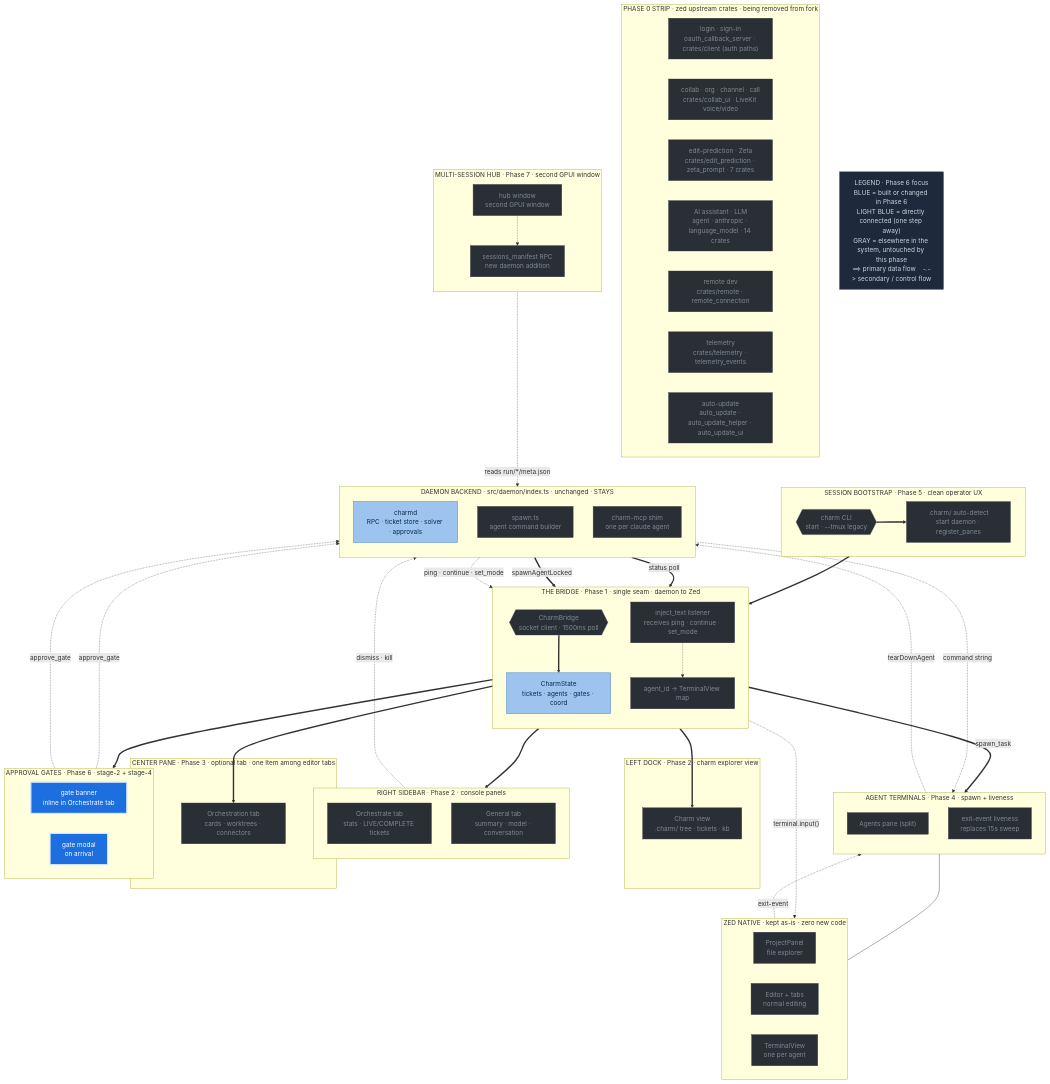
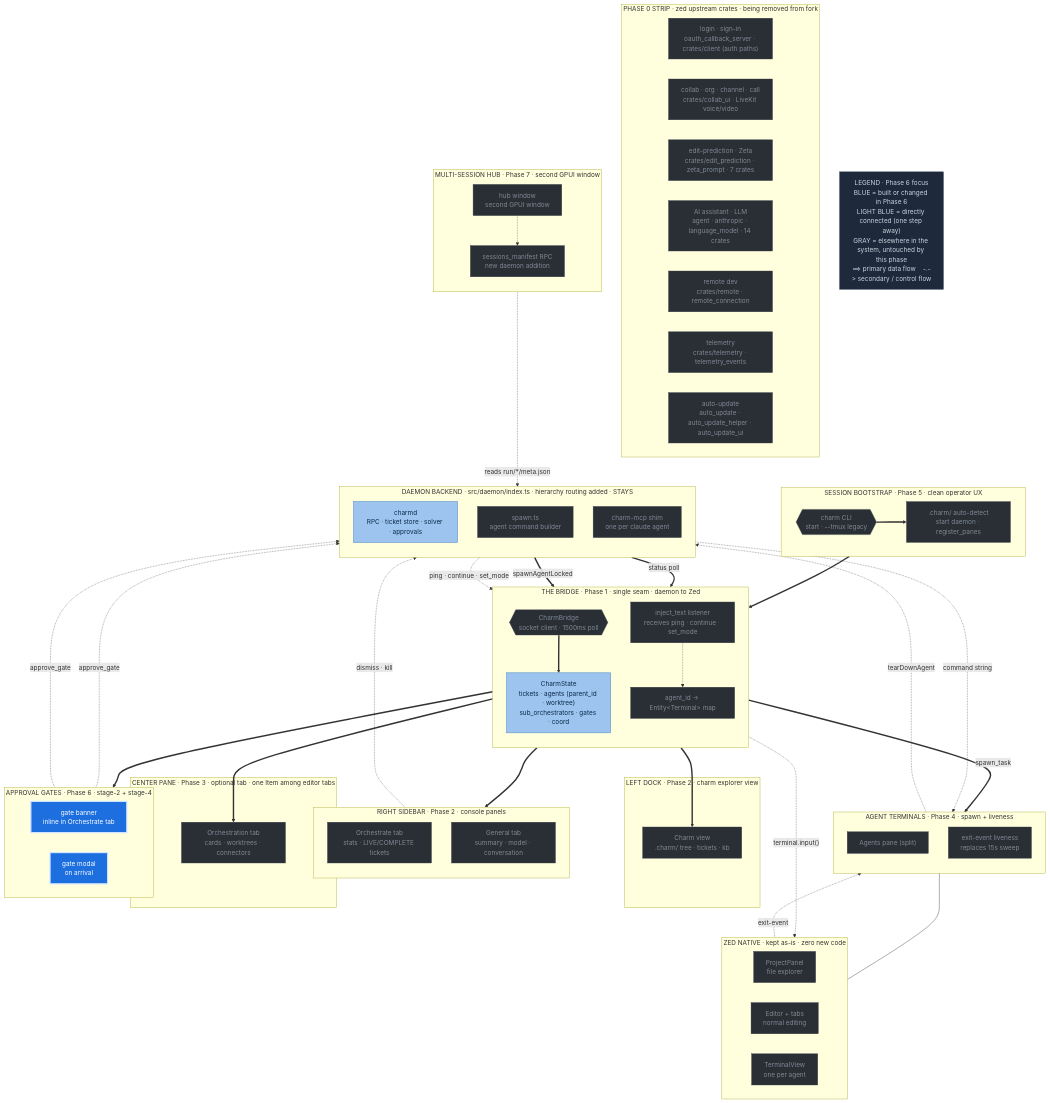
Before and after one commit to Peter-Dated-Projects/2026-05-29_charm-claude-harness: the diagram in .charm/proposals/PROP-zed-fork-build-plan/phase-6-approval-gates.md, drawn with Mermaid. The commit also changed 37 other files, not shown here.

```diff
--- a/.charm/proposals/PROP-zed-fork-build-plan/phase-6-approval-gates.md
+++ b/.charm/proposals/PROP-zed-fork-build-plan/phase-6-approval-gates.md
@@ -32,7 +32,7 @@
     s7["auto-update<br/>auto_update · auto_update_helper · auto_update_ui"]
   end
 
-  subgraph DAEMON["DAEMON BACKEND · src/daemon/index.ts · unchanged · STAYS"]
+  subgraph DAEMON["DAEMON BACKEND · src/daemon/index.ts · hierarchy routing added · STAYS"]
     direction TB
     charmd["charmd<br/>RPC · ticket store · solver · approvals"]
     spawn["spawn.ts<br/>agent command builder"]
@@ -42,9 +42,9 @@
   subgraph BRIDGE["THE BRIDGE · Phase 1 · single seam · daemon to Zed"]
     direction TB
     bridge{{"CharmBridge<br/>socket client · 1500ms poll"}}
-    state["CharmState<br/>tickets · agents · gates · coord"]
+    state["CharmState<br/>tickets · agents (parent_id · worktree)<br/>sub_orchestrators · gates · coord"]
     injsock["inject_text listener<br/>receives ping · continue · set_mode"]
-    handlemap["agent_id -> TerminalView map"]
+    handlemap["agent_id -> Entity&lt;Terminal&gt; map"]
   end
 
   subgraph NATIVE["ZED NATIVE · kept as-is · zero new code"]
```
